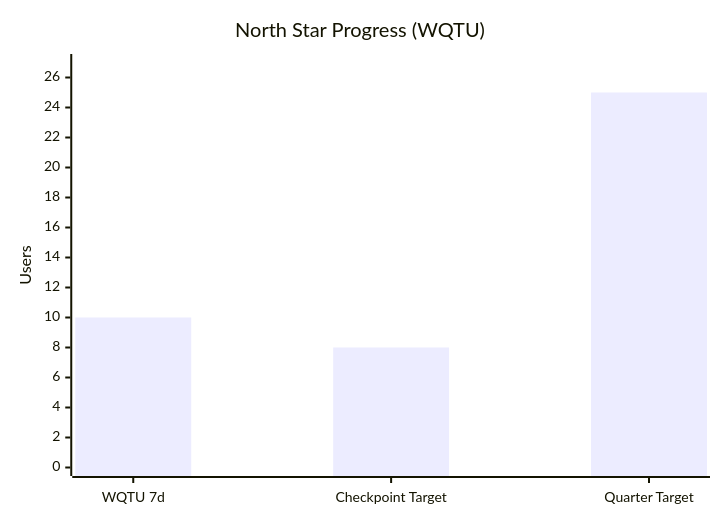
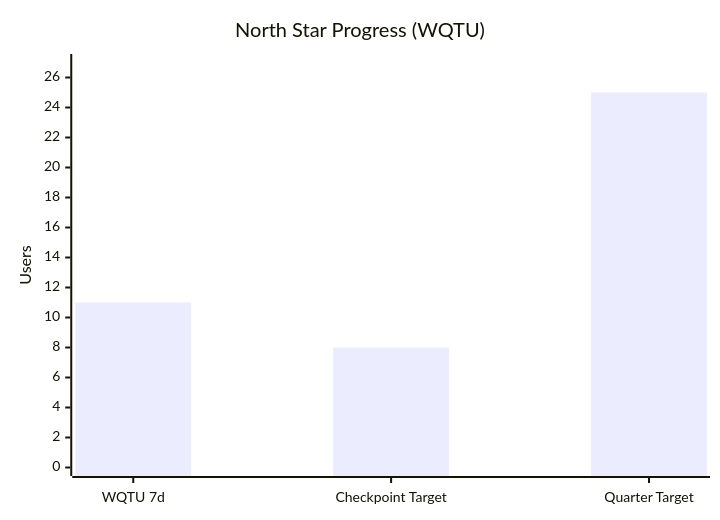
One commit to IgorGanapolsky/Random-Timer changed the second of 4 diagrams in wiki/Paid-Acquisition.md. Above: the diagram before and after it, drawn with Mermaid. The commit also changed other lines of this file and 10 other files, not shown here.

````diff
--- a/wiki/Paid-Acquisition.md
+++ b/wiki/Paid-Acquisition.md
@@ -50,7 +50,7 @@
 ```mermaid
 xychart-beta
     title "North Star Progress (WQTU)"
     x-axis ["WQTU 7d" , "Checkpoint Target" , "Quarter Target"]
     y-axis "Users" 0 --> 27
-    bar [10 , 8 , 25]
+    bar [11 , 8 , 25]
 ```
````
